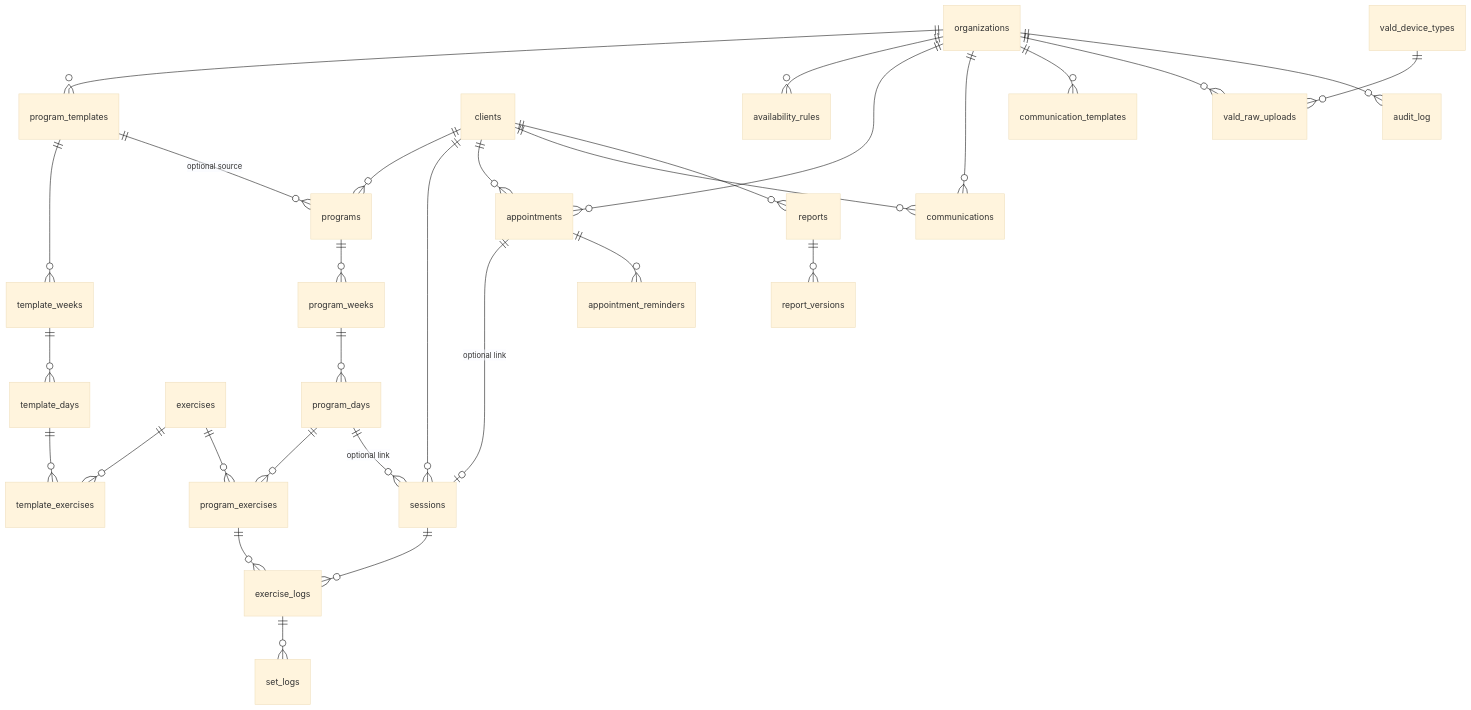
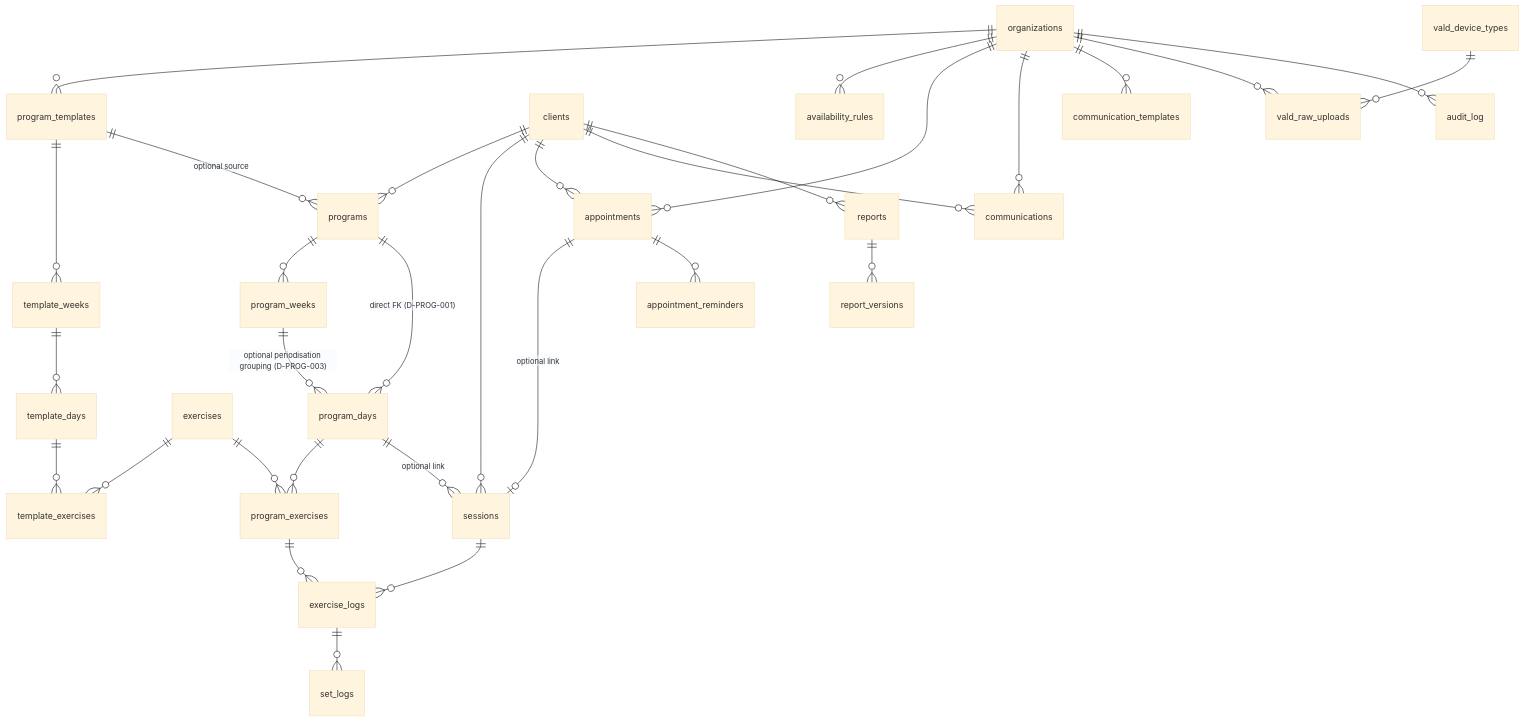
The third of 3 diagrams in docs/schema.md (Scottyhb19/client-platform), drawn with Mermaid (base theme) before and after one commit. The commit also changed other lines of this file and 6 other files, not shown here.

````diff
--- a/docs/schema.md
+++ b/docs/schema.md
@@ -254,38 +254,39 @@
 ```mermaid
 erDiagram
     organizations ||--o{ program_templates : ""
     program_templates ||--o{ template_weeks : ""
     template_weeks ||--o{ template_days : ""
     template_days ||--o{ template_exercises : ""
     exercises ||--o{ template_exercises : ""
 
     clients ||--o{ programs : ""
     program_templates ||--o{ programs : "optional source"
     programs ||--o{ program_weeks : ""
-    program_weeks ||--o{ program_days : ""
+    program_weeks ||--o{ program_days : "optional periodisation grouping (D-PROG-003)"
+    programs ||--o{ program_days : "direct FK (D-PROG-001)"
     program_days ||--o{ program_exercises : ""
     exercises ||--o{ program_exercises : ""
 
     clients ||--o{ sessions : ""
     program_days ||--o{ sessions : "optional link"
     appointments ||--o| sessions : "optional link"
     sessions ||--o{ exercise_logs : ""
     program_exercises ||--o{ exercise_logs : ""
     exercise_logs ||--o{ set_logs : ""
 
     organizations ||--o{ availability_rules : ""
     organizations ||--o{ appointments : ""
     clients ||--o{ appointments : ""
     appointments ||--o{ appointment_reminders : ""
 
     organizations ||--o{ communications : ""
     organizations ||--o{ communication_templates : ""
     clients ||--o{ communications : ""
 
     clients ||--o{ reports : ""
     reports ||--o{ report_versions : ""
     organizations ||--o{ vald_raw_uploads : ""
     vald_device_types ||--o{ vald_raw_uploads : ""
 
     organizations ||--o{ audit_log : ""
 ```
````
